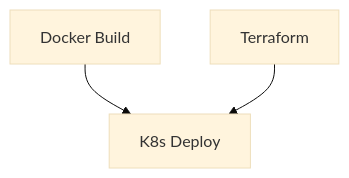
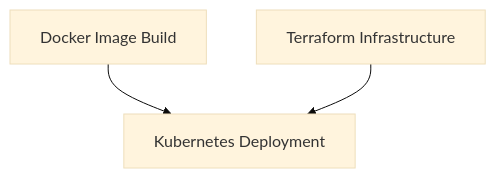
The diagram in .github/workflows/README.md (Heeyaichen/devOps-qr-code), drawn with Mermaid (base theme) before and after one commit. The commit also changed other lines of this file, not shown here.

````diff
--- a/.github/workflows/README.md
+++ b/.github/workflows/README.md
@@ -57,5 +77,5 @@
 ```mermaid
 graph TD
-    A[Docker Build] --> C[K8s Deploy]
-    B[Terraform] --> C
+    A[Docker Image Build] --> C[Kubernetes Deployment]
+    B[Terraform Infrastructure] --> C
 ```
````
